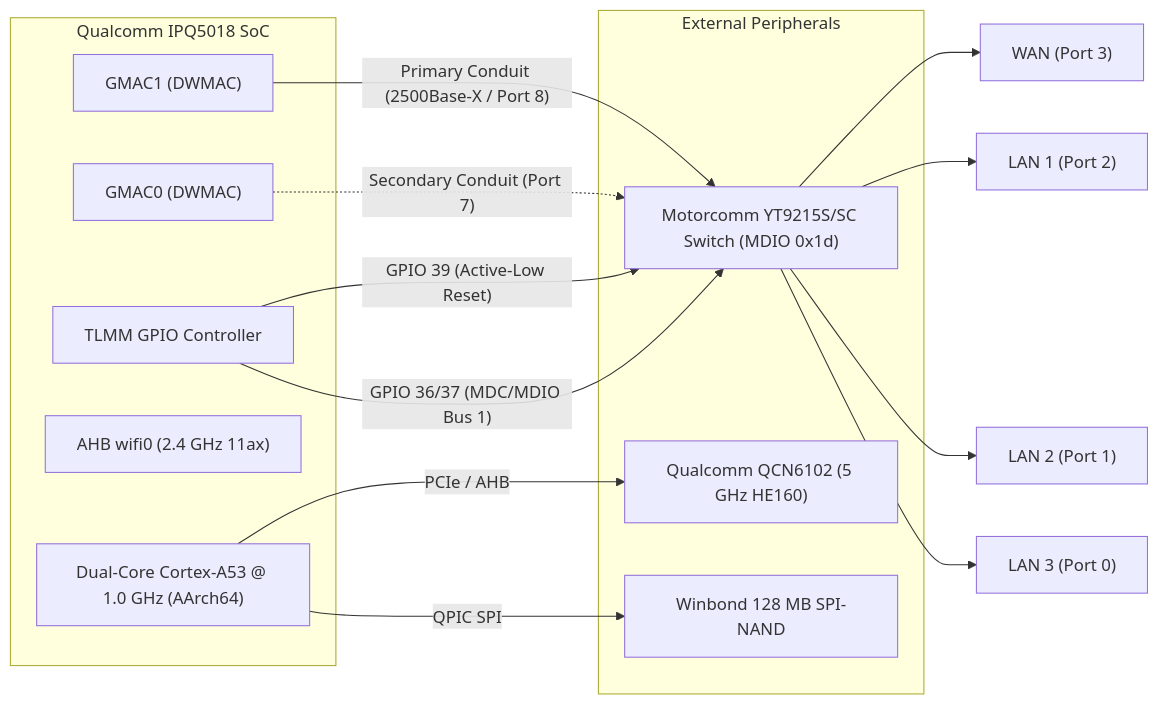
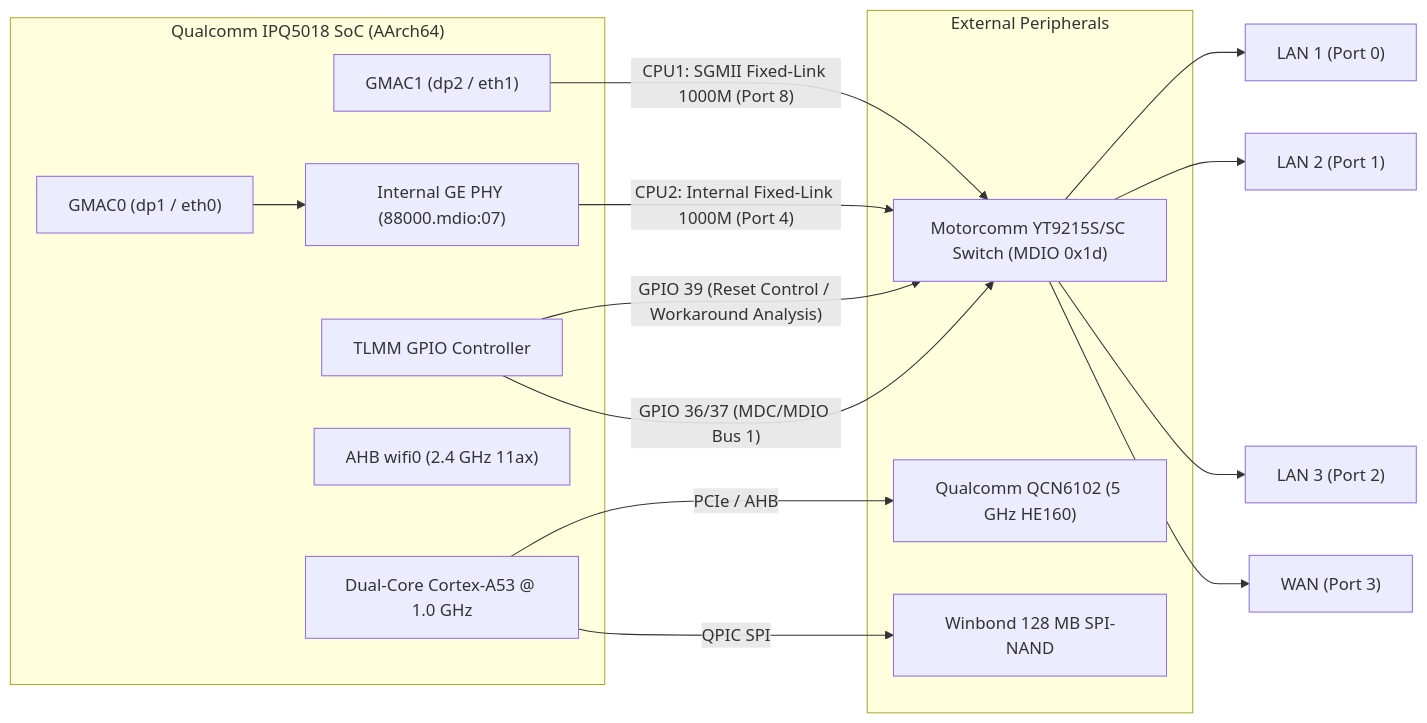
Before and after one commit to KiritoMainBro88/CR8808-CUSTOM-FIRMWARE: the first of 2 diagrams in docs/DSA_BASELINE_DESIGN.md, drawn with Mermaid. The commit also changed other lines of this file and 10 other files, not shown here.

Commit message:
docs(review): Round 3 corrections for switch port mapping, SGMII, GPIO39, and architecture demarcation

````diff
--- a/docs/DSA_BASELINE_DESIGN.md
+++ b/docs/DSA_BASELINE_DESIGN.md
@@ -26,28 +26,29 @@
 ```mermaid
 graph LR
-    subgraph "Qualcomm IPQ5018 SoC"
-        CPU["Dual-Core Cortex-A53 @ 1.0 GHz (AArch64)"]
-        GMAC1["GMAC1 (DWMAC)"]
-        GMAC0["GMAC0 (DWMAC)"]
+    subgraph "Qualcomm IPQ5018 SoC (AArch64)"
+        CPU["Dual-Core Cortex-A53 @ 1.0 GHz"]
+        GMAC1["GMAC1 (dp2 / eth1)"]
+        GMAC0["GMAC0 (dp1 / eth0)"]
+        INT_PHY["Internal GE PHY (88000.mdio:07)"]
         WIFI0["AHB wifi0 (2.4 GHz 11ax)"]
         TLMM["TLMM GPIO Controller"]
     end
 
     subgraph "External Peripherals"
         SWITCH["Motorcomm YT9215S/SC Switch (MDIO 0x1d)"]
         WIFI1["Qualcomm QCN6102 (5 GHz HE160)"]
         NAND["Winbond 128 MB SPI-NAND"]
     end
 
-    GMAC1 -- "Primary Conduit (2500Base-X / Port 8)" --> SWITCH
-    GMAC0 -. "Secondary Conduit (Port 7)" .-> SWITCH
-    TLMM -- "GPIO 39 (Active-Low Reset)" --> SWITCH
+    GMAC1 -- "CPU1: SGMII Fixed-Link 1000M (Port 8)" --> SWITCH
+    GMAC0 --> INT_PHY -- "CPU2: Internal Fixed-Link 1000M (Port 4)" --> SWITCH
+    TLMM -- "GPIO 39 (Reset Control / Workaround Analysis)" --> SWITCH
     TLMM -- "GPIO 36/37 (MDC/MDIO Bus 1)" --> SWITCH
     CPU -- "PCIe / AHB" --> WIFI1
     CPU -- "QPIC SPI" --> NAND
 
+    SWITCH --> LAN1["LAN 1 (Port 0)"]
+    SWITCH --> LAN2["LAN 2 (Port 1)"]
+    SWITCH --> LAN3["LAN 3 (Port 2)"]
     SWITCH --> WAN["WAN (Port 3)"]
-    SWITCH --> LAN1["LAN 1 (Port 2)"]
-    SWITCH --> LAN2["LAN 2 (Port 1)"]
-    SWITCH --> LAN3["LAN 3 (Port 0)"]
 ```
````
